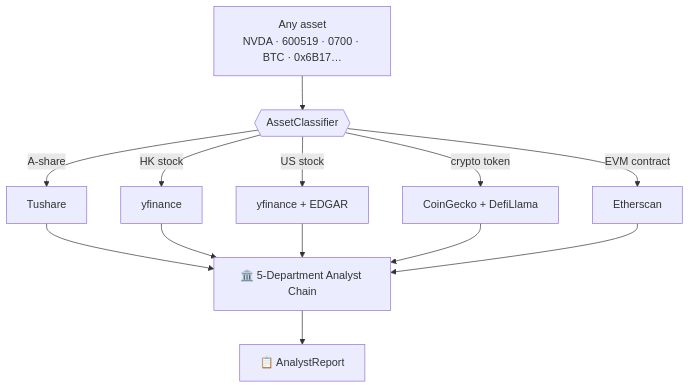
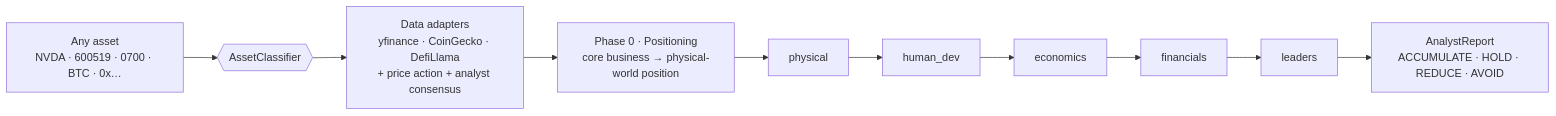
Before and after one commit to CyberK13/cyberagent: the diagram in README.md, drawn with Mermaid. The commit also changed other lines of this file and 23 other files, not shown here.

First line of the commit message:
Build the physical-bottleneck analyst chain + CLI/web + Claude Skill

````diff
--- a/README.md
+++ b/README.md
@@ -39,15 +55,8 @@
 ```mermaid
-flowchart TB
-    A["Any asset<br/>NVDA · 600519 · 0700 · BTC · 0x6B17…"] --> C{{AssetClassifier}}
-    C -->|A-share| M1[Tushare]
-    C -->|HK stock| M2[yfinance]
-    C -->|US stock| M3[yfinance + EDGAR]
-    C -->|crypto token| M4[CoinGecko + DefiLlama]
-    C -->|EVM contract| M5[Etherscan]
-    M1 --> CH["🏛️ 5-Department Analyst Chain"]
-    M2 --> CH
-    M3 --> CH
-    M4 --> CH
-    M5 --> CH
-    CH --> R["📋 AnalystReport"]
+flowchart LR
+    IN["Any asset<br/>NVDA · 600519 · 0700 · BTC · 0x…"] --> CL{{AssetClassifier}}
+    CL --> AD["Data adapters<br/>yfinance · CoinGecko · DefiLlama<br/>+ price action + analyst consensus"]
+    AD --> P0["Phase 0 · Positioning<br/>core business → physical-world position"]
+    P0 --> D1[physical] --> D2[human_dev] --> D3[economics] --> D4[financials] --> D5[leaders]
+    D5 --> R["AnalystReport<br/>ACCUMULATE · HOLD · REDUCE · AVOID"]
 ```
````
